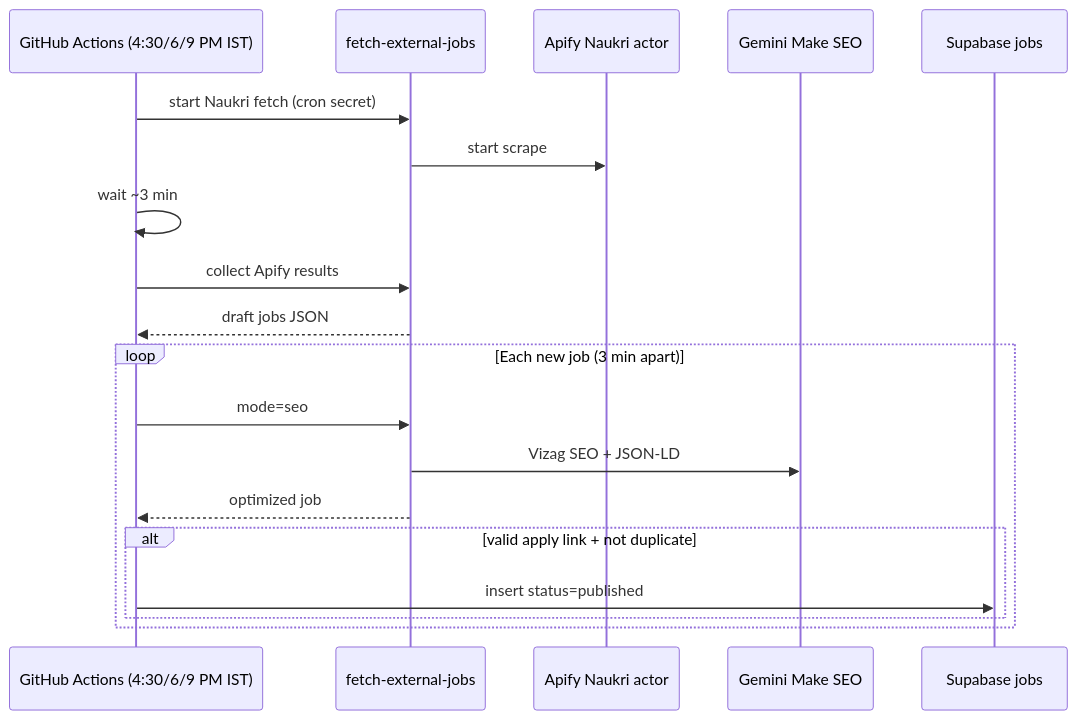
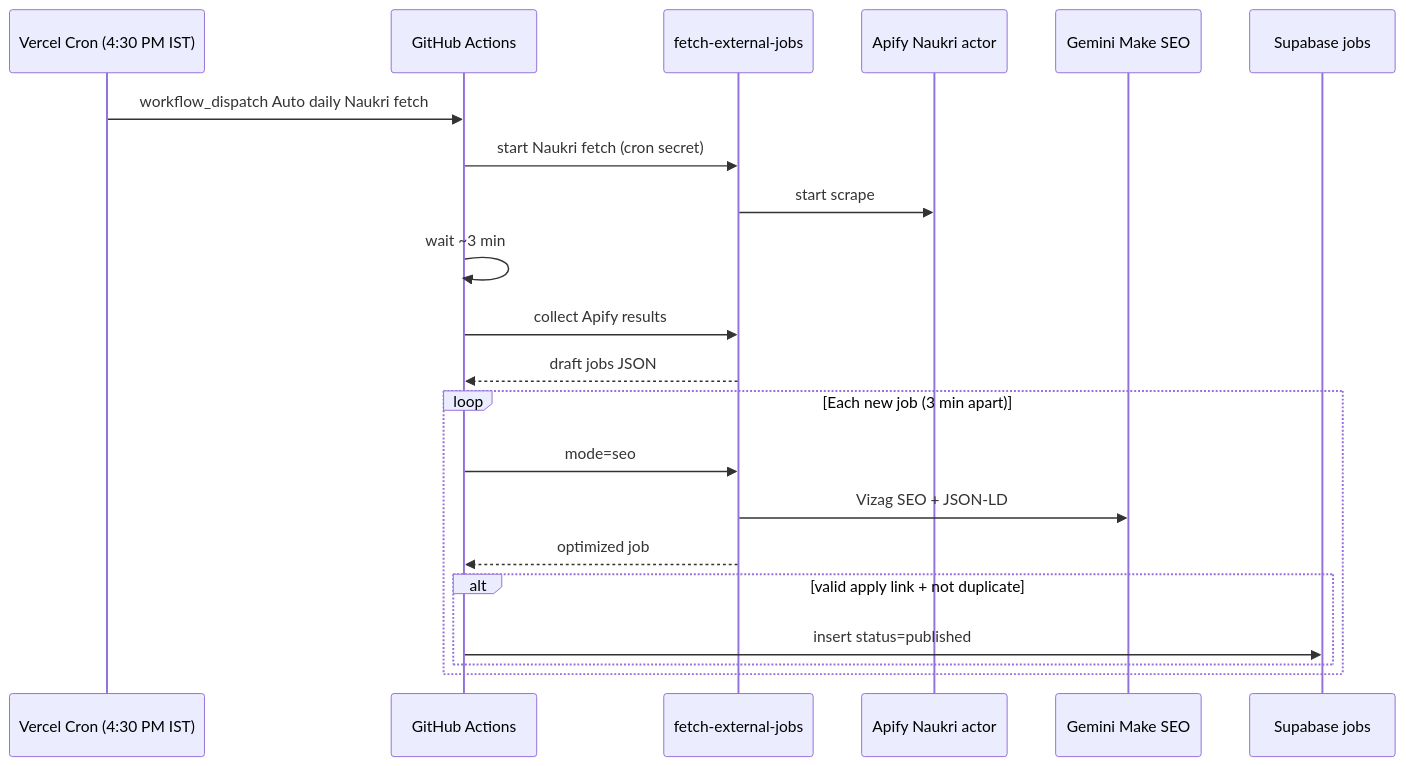
The diagram in docs/auto-naukri-pipeline.md (Kiran040595/vizag-jobs), drawn with Mermaid before and after one commit. The commit also changed other lines of this file and 11 other files, not shown here.

First line of the commit message:
Trigger Naukri fetch at 4:30 PM IST via Vercel Cron.

````diff
--- a/docs/auto-naukri-pipeline.md
+++ b/docs/auto-naukri-pipeline.md
@@ -15,22 +15,24 @@
 ```mermaid
 sequenceDiagram
-  participant GH as GitHub Actions (4:30/6/9 PM IST)
+  participant Cron as Vercel Cron (4:30 PM IST)
+  participant GH as GitHub Actions
   participant Edge as fetch-external-jobs
   participant Apify as Apify Naukri actor
   participant Gemini as Gemini Make SEO
   participant DB as Supabase jobs
 
+  Cron->>GH: workflow_dispatch Auto daily Naukri fetch
   GH->>Edge: start Naukri fetch (cron secret)
   Edge->>Apify: start scrape
   GH->>GH: wait ~3 min
   GH->>Edge: collect Apify results
   Edge-->>GH: draft jobs JSON
   loop Each new job (3 min apart)
     GH->>Edge: mode=seo
     Edge->>Gemini: Vizag SEO + JSON-LD
     Edge-->>GH: optimized job
     alt valid apply link + not duplicate
       GH->>DB: insert status=published
     end
   end
 ```
````
